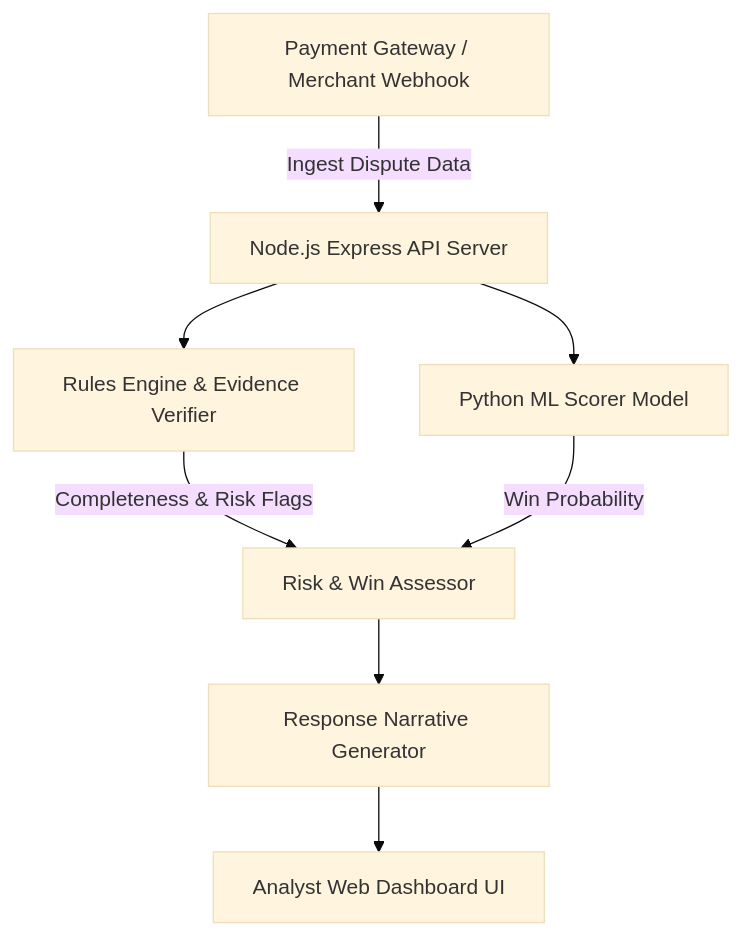
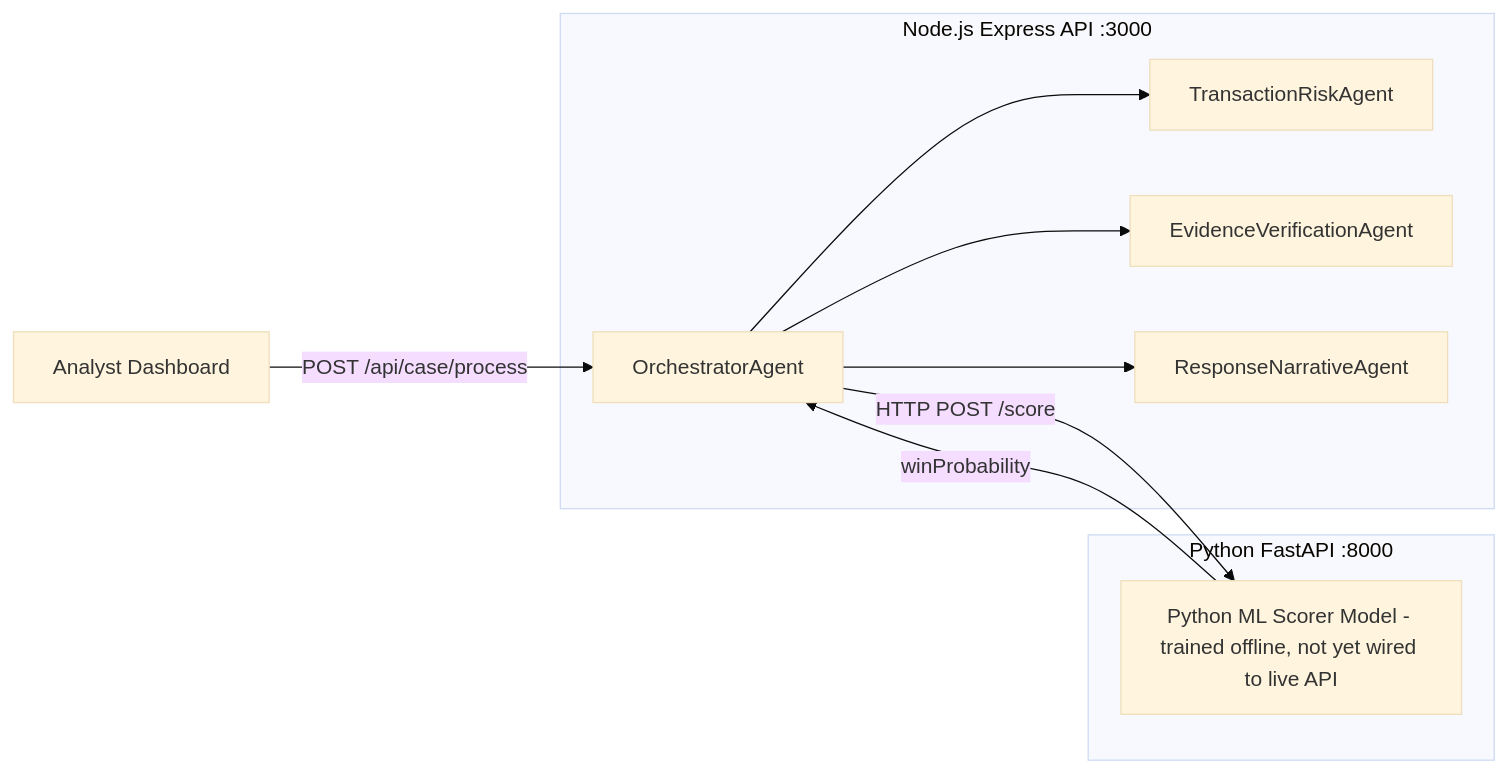
The diagram in README.md (bakhtiarsiddiqui/chargeback-sentinel), drawn with Mermaid (base theme) before and after one commit. The commit also changed other lines of this file and 25 other files, not shown here.

First line of the commit message:
Add multi-agent orchestration pipeline and live ML scoring path.

````diff
--- a/README.md
+++ b/README.md
@@ -49,10 +51,18 @@
 ```mermaid
-graph TD
-    A[Payment Gateway / Merchant Webhook] -->|Ingest Dispute Data| B[Node.js Express API Server]
-    B --> C[Rules Engine & Evidence Verifier]
-    B --> D[Python ML Scorer Model]
-    C -->|Completeness & Risk Flags| E[Risk & Win Assessor]
-    D -->|Win Probability| E
-    E --> F[Response Narrative Generator]
-    F --> G[Analyst Web Dashboard UI]
+graph LR
+    subgraph Node.js Express API :3000
+        ORC[OrchestratorAgent]
+        TRA[TransactionRiskAgent]
+        EVA[EvidenceVerificationAgent]
+        RNA[ResponseNarrativeAgent]
+        ORC --> TRA
+        ORC --> EVA
+        ORC --> RNA
+    end
+    subgraph Python FastAPI :8000
+        D[Python ML Scorer Model - trained offline, not yet wired to live API]
+    end
+    UI[Analyst Dashboard] -->|POST /api/case/process| ORC
+    ORC -->|HTTP POST /score| D
+    D -->|winProbability| ORC
 ```
````
